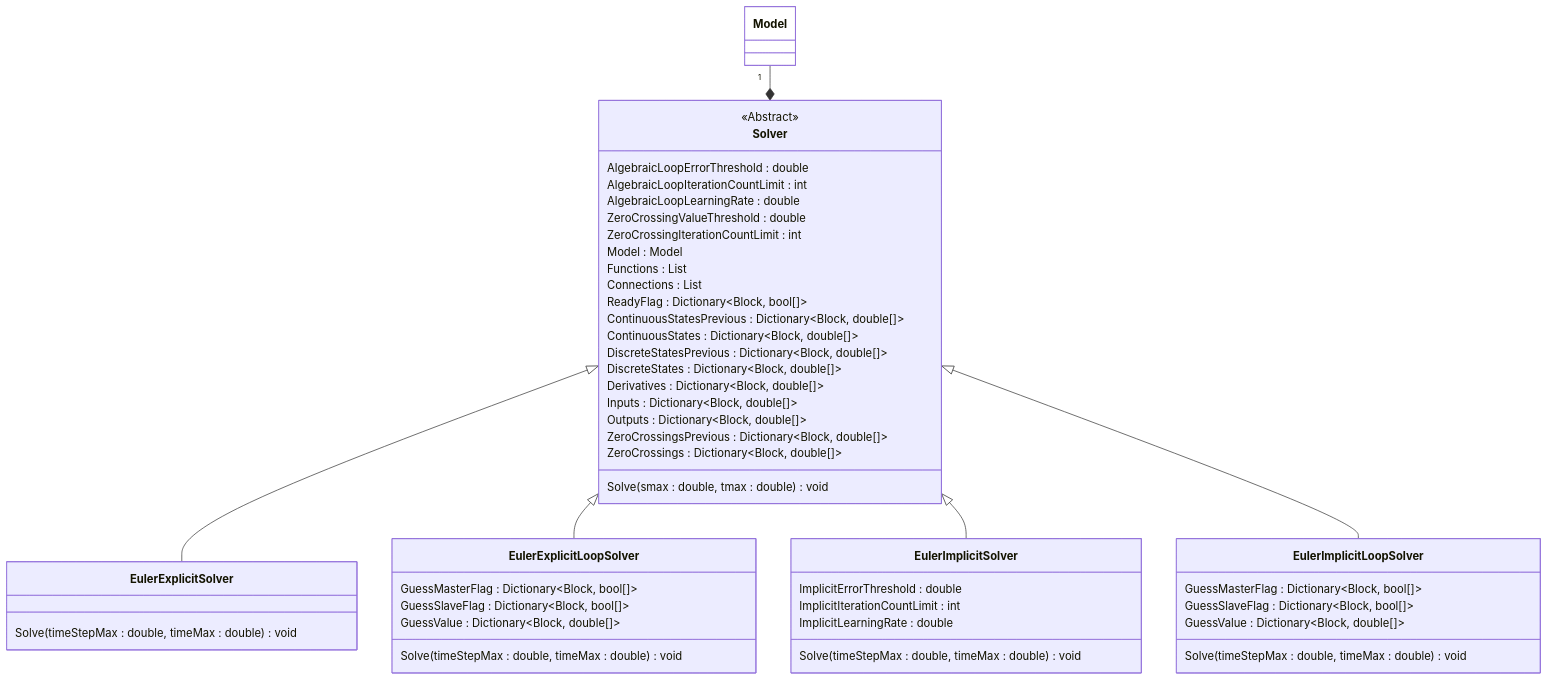
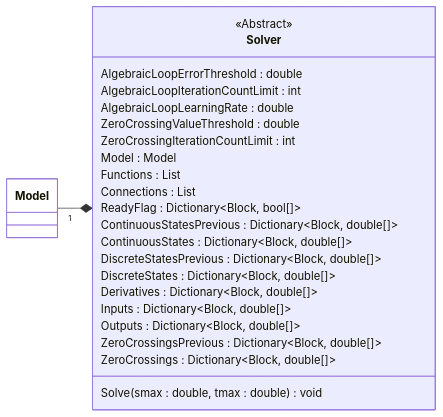
The diagram in Quellen/WS25/SFunctionContinuous/Solver.mmd (ghackenberg/kurs-computer-simulation), drawn with Mermaid before and after one commit. The commit also changed 2 other files, not shown here.

Commit message:
fix diagram paths

```diff
--- a/Quellen/WS25/SFunctionContinuous/Solver.mmd
+++ b/Quellen/WS25/SFunctionContinuous/Solver.mmd
@@ -1,63 +1,33 @@
 classDiagram
 
-    direction TB
+    direction LR
 
     class Model {
     }
 
     class Solver {
         <<Abstract>>
         AlgebraicLoopErrorThreshold : double
         AlgebraicLoopIterationCountLimit : int
         AlgebraicLoopLearningRate : double
         ZeroCrossingValueThreshold : double
         ZeroCrossingIterationCountLimit : int
         Model : Model
         Functions : List<Block>
         Connections : List<Connection>
         ReadyFlag : Dictionary~Block, bool[]~
         ContinuousStatesPrevious : Dictionary~Block, double[]~
         ContinuousStates : Dictionary~Block, double[]~
         DiscreteStatesPrevious : Dictionary~Block, double[]~
         DiscreteStates : Dictionary~Block, double[]~
         Derivatives : Dictionary~Block, double[]~
         Inputs : Dictionary~Block, double[]~
         Outputs : Dictionary~Block, double[]~
         ZeroCrossingsPrevious : Dictionary~Block, double[]~
         ZeroCrossings : Dictionary~Block, double[]~
         Solve(smax : double, tmax : double) void
     }
 
-    class EulerExplicitSolver {
-        Solve(timeStepMax : double, timeMax : double) void
-    }
-
-    class EulerExplicitLoopSolver {
-        GuessMasterFlag : Dictionary~Block, bool[]~
-        GuessSlaveFlag : Dictionary~Block, bool[]~
-        GuessValue : Dictionary~Block, double[]~
-        Solve(timeStepMax : double, timeMax : double) void
-    }
-
-    class EulerImplicitSolver {
-        ImplicitErrorThreshold : double
-        ImplicitIterationCountLimit : int
-        ImplicitLearningRate : double
-        Solve(timeStepMax : double, timeMax : double) void
-    }
-
-    class EulerImplicitLoopSolver {
-        GuessMasterFlag : Dictionary~Block, bool[]~
-        GuessSlaveFlag : Dictionary~Block, bool[]~
-        GuessValue : Dictionary~Block, double[]~
-        Solve(timeStepMax : double, timeMax : double) void
-    }
-
     Model "1" --* Solver
 
-    Solver <|-- EulerExplicitSolver
-    Solver <|-- EulerExplicitLoopSolver
-    Solver <|-- EulerImplicitSolver
-    Solver <|-- EulerImplicitLoopSolver
-
     style Model fill:white
```
